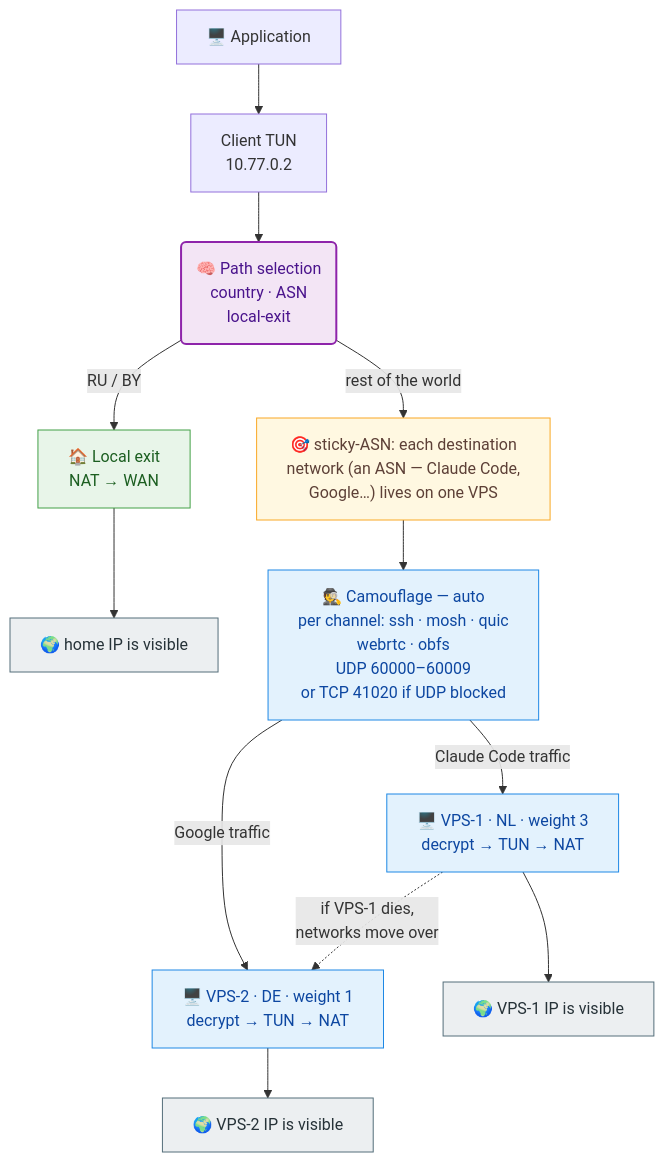
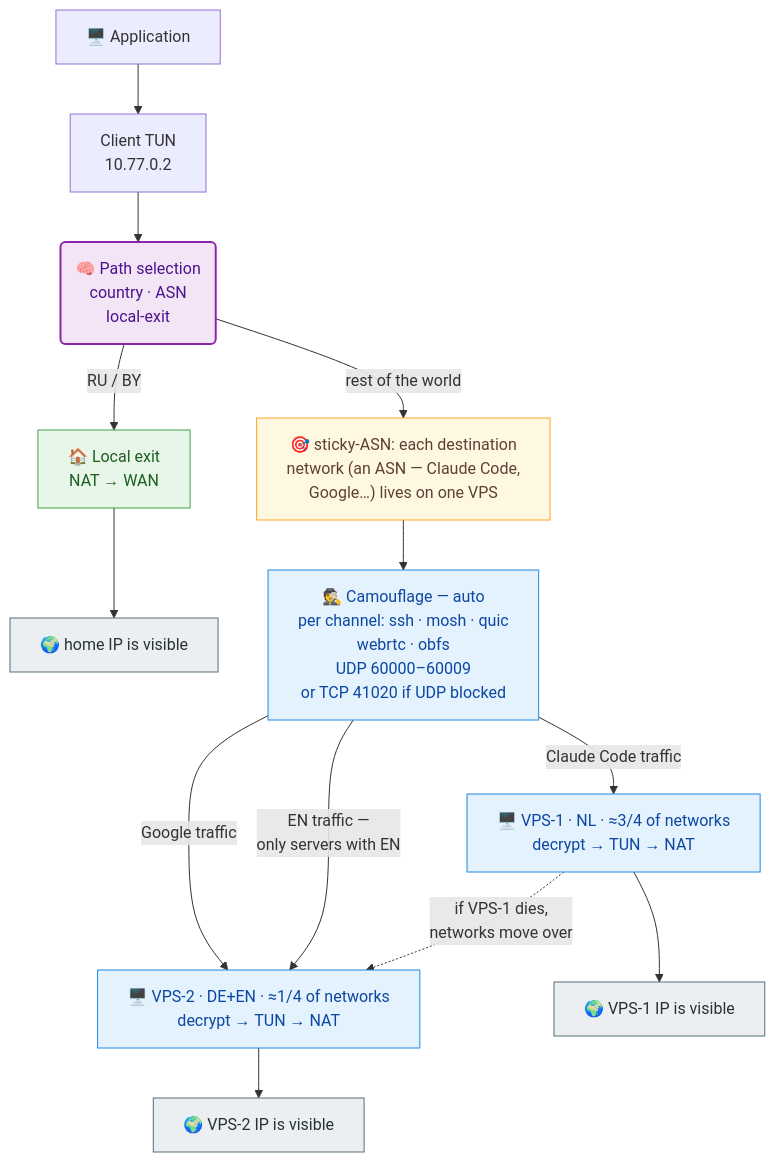
One commit to vadv/svpn changed the diagram in README.en.md. Above: the diagram before and after it, drawn with Mermaid. The commit also changed other lines of this file and 3 other files, not shown here.

````diff
--- a/README.en.md
+++ b/README.en.md
@@ -9,25 +9,26 @@
 ```mermaid
 %%{init: {"flowchart": {"wrappingWidth": 280}}}%%
 flowchart TD
     app["🖥️ Application"] --> tun["Client TUN<br/>10.77.0.2"]
     tun --> brain("🧠 Path selection<br/>country · ASN<br/>local-exit")
     brain -->|"RU / BY"| local["🏠 Local exit<br/>NAT → WAN"]
     local --> home["🌍 home IP is visible"]
     brain -->|"rest of the world"| asn["🎯 sticky-ASN: each destination<br/>network (an ASN — Claude Code,<br/>Google…) lives on one VPS"]
     asn --> mimic["🕵️ Camouflage — auto<br/>per channel: ssh · mosh · quic<br/>webrtc · obfs<br/>UDP 60000–60009<br/>or TCP 41020 if UDP blocked"]
-    mimic -->|"Claude Code traffic"| vps1["🖥️ VPS-1 · NL · weight 3<br/>decrypt → TUN → NAT"]
-    mimic -->|"Google traffic"| vps2["🖥️ VPS-2 · DE · weight 1<br/>decrypt → TUN → NAT"]
+    mimic -->|"Claude Code traffic"| vps1["🖥️ VPS-1 · NL · ≈3/4 of networks<br/>decrypt → TUN → NAT"]
+    mimic -->|"Google traffic"| vps2["🖥️ VPS-2 · DE+EN · ≈1/4 of networks<br/>decrypt → TUN → NAT"]
+    mimic -->|"EN traffic —<br/>only servers with EN"| vps2
     vps1 --> net1["🌍 VPS-1 IP is visible"]
     vps2 --> net2["🌍 VPS-2 IP is visible"]
     vps1 -.->|"if VPS-1 dies,<br/>networks move over"| vps2
     classDef brain fill:#f3e5f5,stroke:#8e24aa,stroke-width:2px,color:#4a148c
     classDef local fill:#e8f5e9,stroke:#43a047,color:#1b5e20
     classDef asn fill:#fff8e1,stroke:#f9a825,color:#5d4037
     classDef vpn fill:#e3f2fd,stroke:#1e88e5,color:#0d47a1
     classDef edge fill:#eceff1,stroke:#546e7a,color:#263238
     class brain brain
     class local local
     class asn asn
     class mimic,vps1,vps2 vpn
     class home,net1,net2 edge
 ```
````
